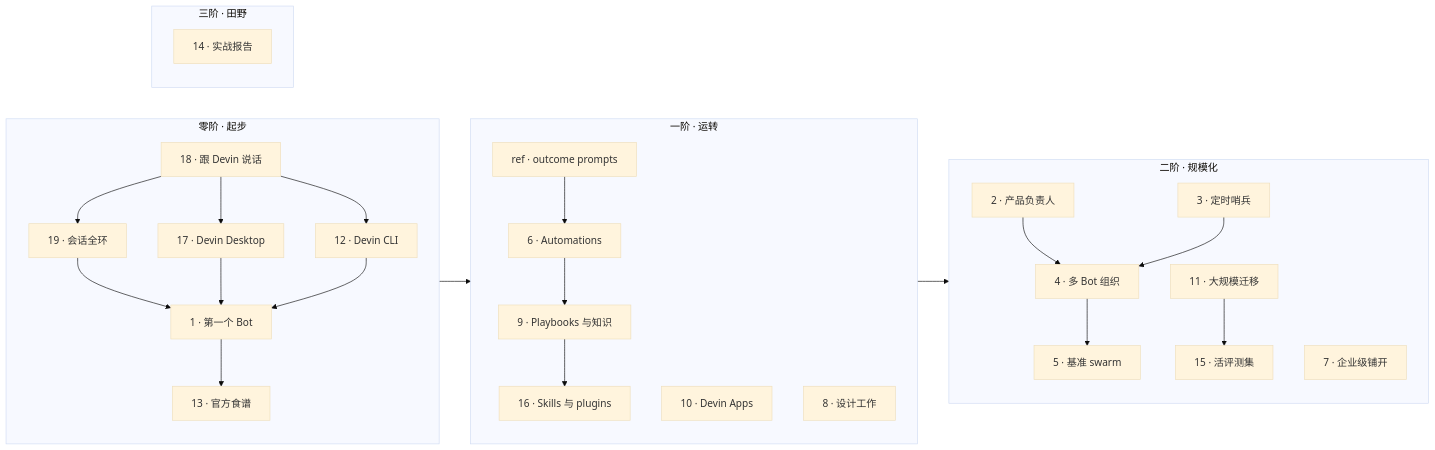
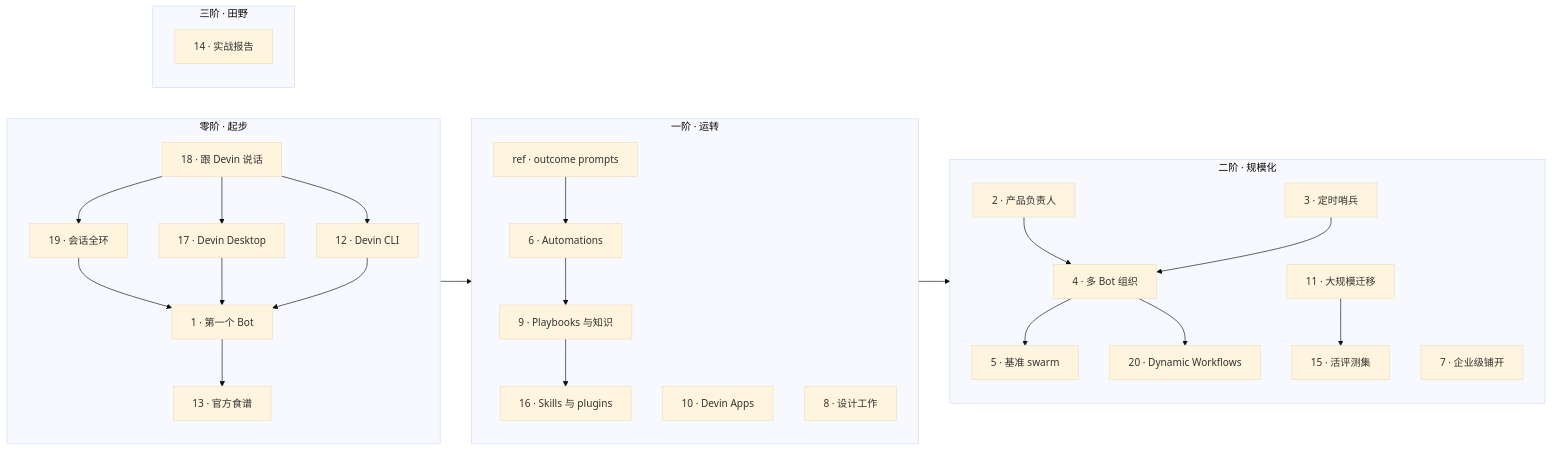
The diagram in README.zh.md (Till3005/build-with-devin), drawn with Mermaid (base theme) before and after one commit. The commit also changed other lines of this file and 7 other files, not shown here.

Commit message:
Add Dynamic Workflows guide

````diff
--- a/README.zh.md
+++ b/README.zh.md
@@ -27,30 +27,31 @@
 ```mermaid
 flowchart LR
     subgraph S0["零阶 · 起步"]
       G18["18 · 跟 Devin 说话"] --> G17["17 · Devin Desktop"]
       G18 --> G12["12 · Devin CLI"]
       G18 --> G19["19 · 会话全环"]
       G19 --> G1
       G17 --> G1["1 · 第一个 Bot"]
       G12 --> G1
       G1 --> G13["13 · 官方食谱"]
     end
     subgraph S1["一阶 · 运转"]
       GP["ref · outcome prompts"] --> G6["6 · Automations"]
       G6 --> G9["9 · Playbooks 与知识"]
       G9 --> G16["16 · Skills 与 plugins"]
       G10["10 · Devin Apps"]
       G8["8 · 设计工作"]
     end
     subgraph S2["二阶 · 规模化"]
       G2["2 · 产品负责人"] --> G4["4 · 多 Bot 组织"]
       G3["3 · 定时哨兵"] --> G4
       G4 --> G5["5 · 基准 swarm"]
       G11["11 · 大规模迁移"] --> G15["15 · 活评测集"]
       G7["7 · 企业级铺开"]
+      G4 --> G20["20 · Dynamic Workflows"]
     end
     subgraph S3["三阶 · 田野"]
       G14["14 · 实战报告"]
     end
     S0 --> S1 --> S2
 ```
````
